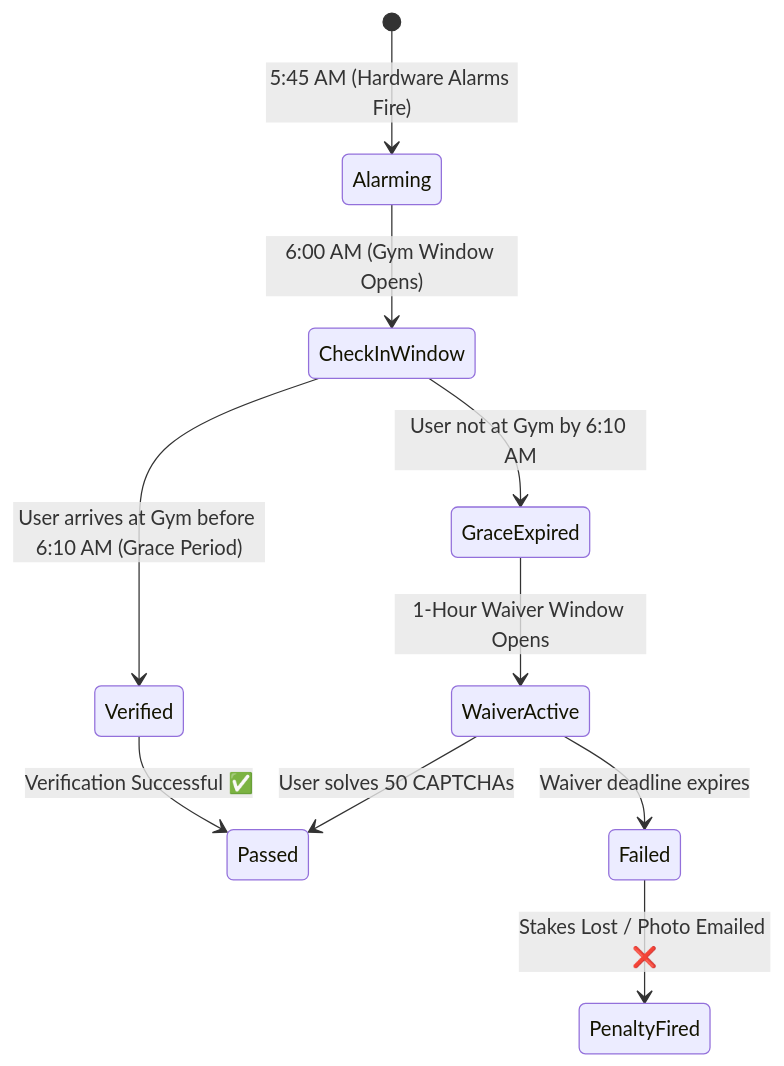
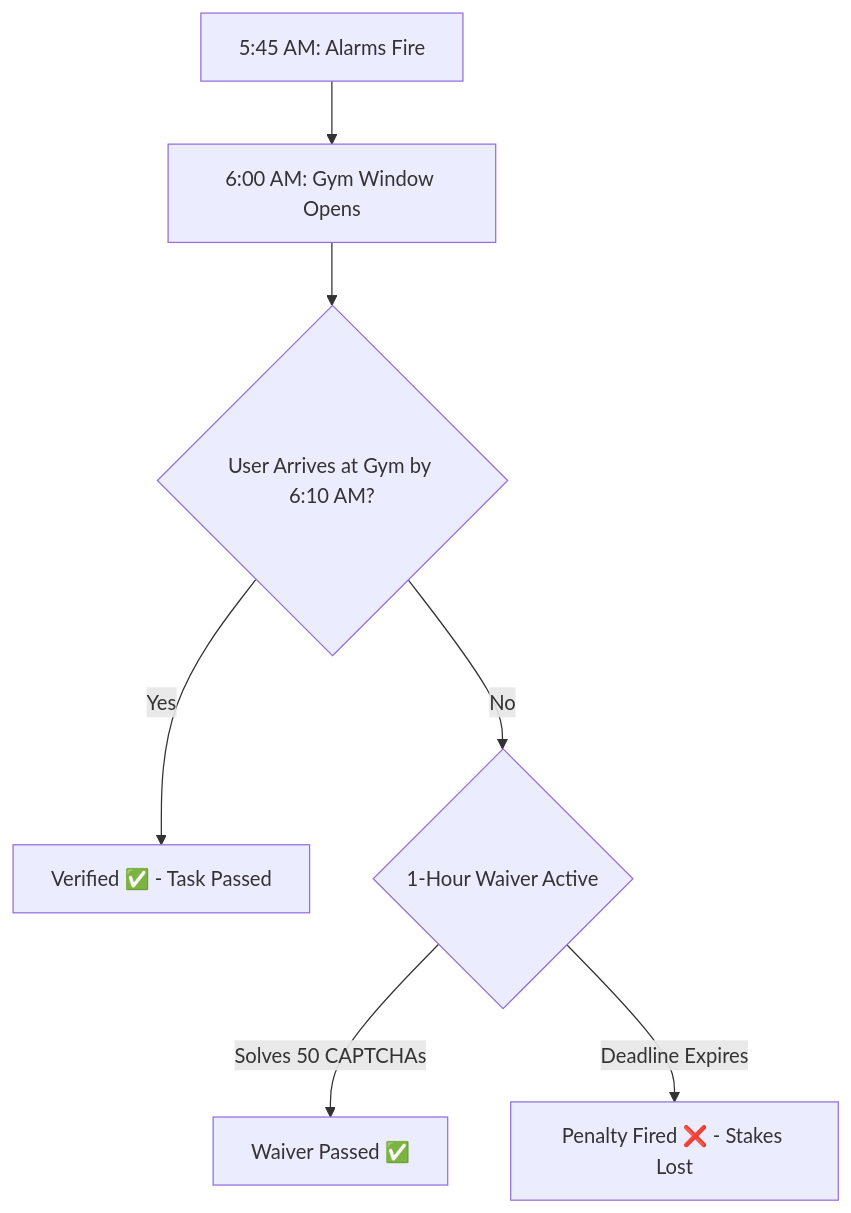
One commit to Maajith9127/mintlify-docs changed the first of 3 diagrams in index.mdx. Above: the diagram before and after it, drawn with Mermaid. The commit also changed other lines of this file, not shown here.

````diff
--- a/index.mdx
+++ b/index.mdx
@@ -29,12 +29,9 @@
 ```mermaid
-stateDiagram-v2
-    [*] --> Alarming : 5:45 AM (Hardware Alarms Fire)
-    Alarming --> CheckInWindow : 6:00 AM (Gym Window Opens)
-    CheckInWindow --> Verified : User arrives at Gym before 6:10 AM (Grace Period)
-    CheckInWindow --> GraceExpired : User not at Gym by 6:10 AM
-    GraceExpired --> WaiverActive : 1-Hour Waiver Window Opens
-    WaiverActive --> Passed : User solves 50 CAPTCHAs
-    WaiverActive --> Failed : Waiver deadline expires
-    Verified --> Passed : Verification Successful ✅
-    Failed --> PenaltyFired : Stakes Lost / Photo Emailed ❌
+flowchart TD
+    Alarm[5:45 AM: Alarms Fire] --> Window[6:00 AM: Gym Window Opens]
+    Window --> Arrived{User Arrives at Gym by 6:10 AM?}
+    Arrived -->|Yes| Verified[Verified ✅ - Task Passed]
+    Arrived -->|No| Waiver{1-Hour Waiver Active}
+    Waiver -->|Solves 50 CAPTCHAs| Passed[Waiver Passed ✅]
+    Waiver -->|Deadline Expires| Penalty[Penalty Fired ❌ - Stakes Lost]
 ```
````
